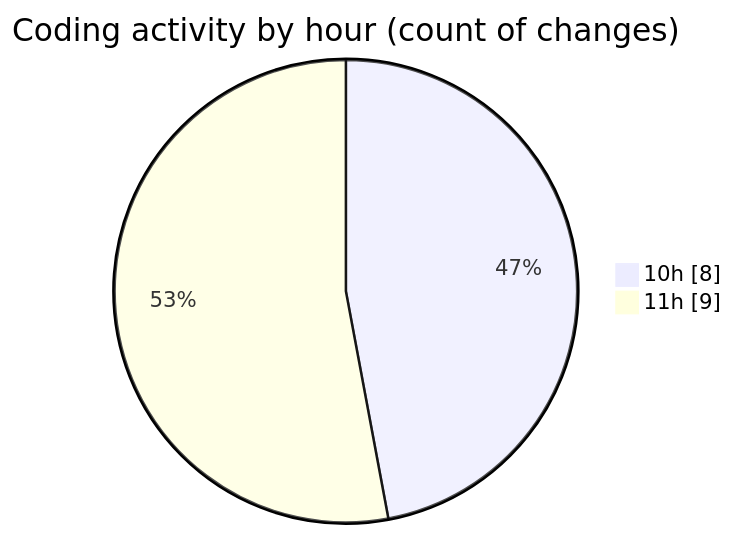
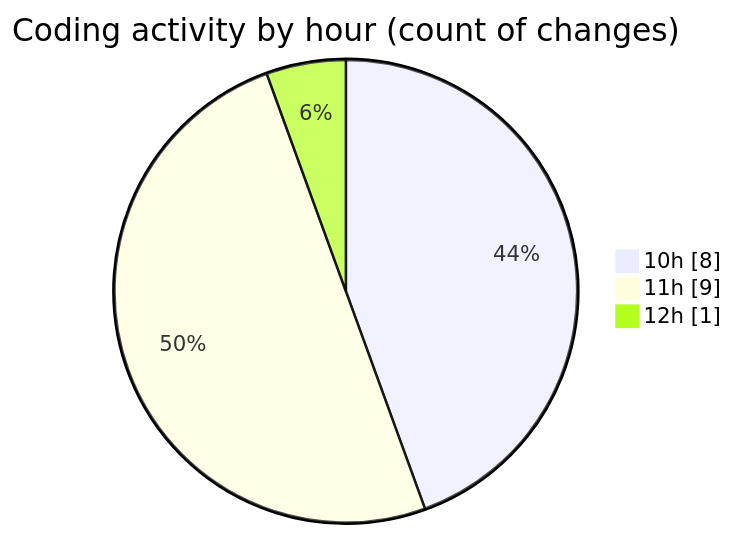
One commit to igalym/code-tracking changed the second of 2 diagrams in 2025-12-30/budget_front_nest/README.md. Above: the diagram before and after it, drawn with Mermaid. The commit also changed other lines of this file and 1 other file, not shown here.

````diff
--- a/2025-12-30/budget_front_nest/README.md
+++ b/2025-12-30/budget_front_nest/README.md
@@ -39,6 +40,7 @@
 ```mermaid
 pie showData
 title Coding activity by hour (count of changes)
 "10h" : 8
 "11h" : 9
+"12h" : 1
 ```
````
